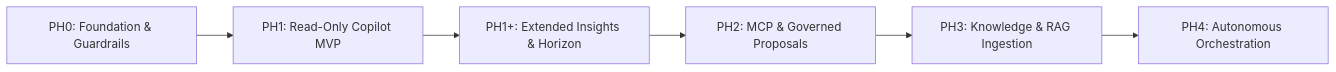
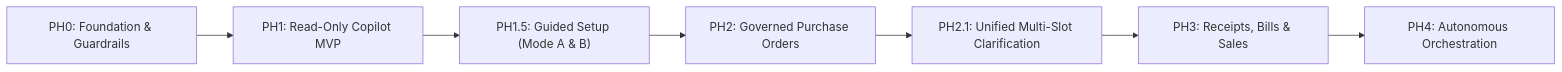
One commit to vigneshsinna/zolo-erp-pro changed the first of 2 diagrams in AGENTS.md. Above: the diagram before and after it, drawn with Mermaid. The commit also changed other lines of this file and 15 other files, not shown here.

````diff
--- a/AGENTS.md
+++ b/AGENTS.md
@@ -189,8 +189,9 @@
 ```mermaid
 flowchart LR
     PH0["PH0: Foundation & Guardrails"] --> PH1["PH1: Read-Only Copilot MVP"]
-    PH1 --> PH1Plus["PH1+: Extended Insights & Horizon"]
-    PH1Plus --> PH2["PH2: MCP & Governed Proposals"]
-    PH2 --> PH3["PH3: Knowledge & RAG Ingestion"]
+    PH1 --> PH15["PH1.5: Guided Setup (Mode A & B)"]
+    PH15 --> PH2["PH2: Governed Purchase Orders"]
+    PH2 --> PH21["PH2.1: Unified Multi-Slot Clarification"]
+    PH21 --> PH3["PH3: Receipts, Bills & Sales"]
     PH3 --> PH4["PH4: Autonomous Orchestration"]
 ```
````
